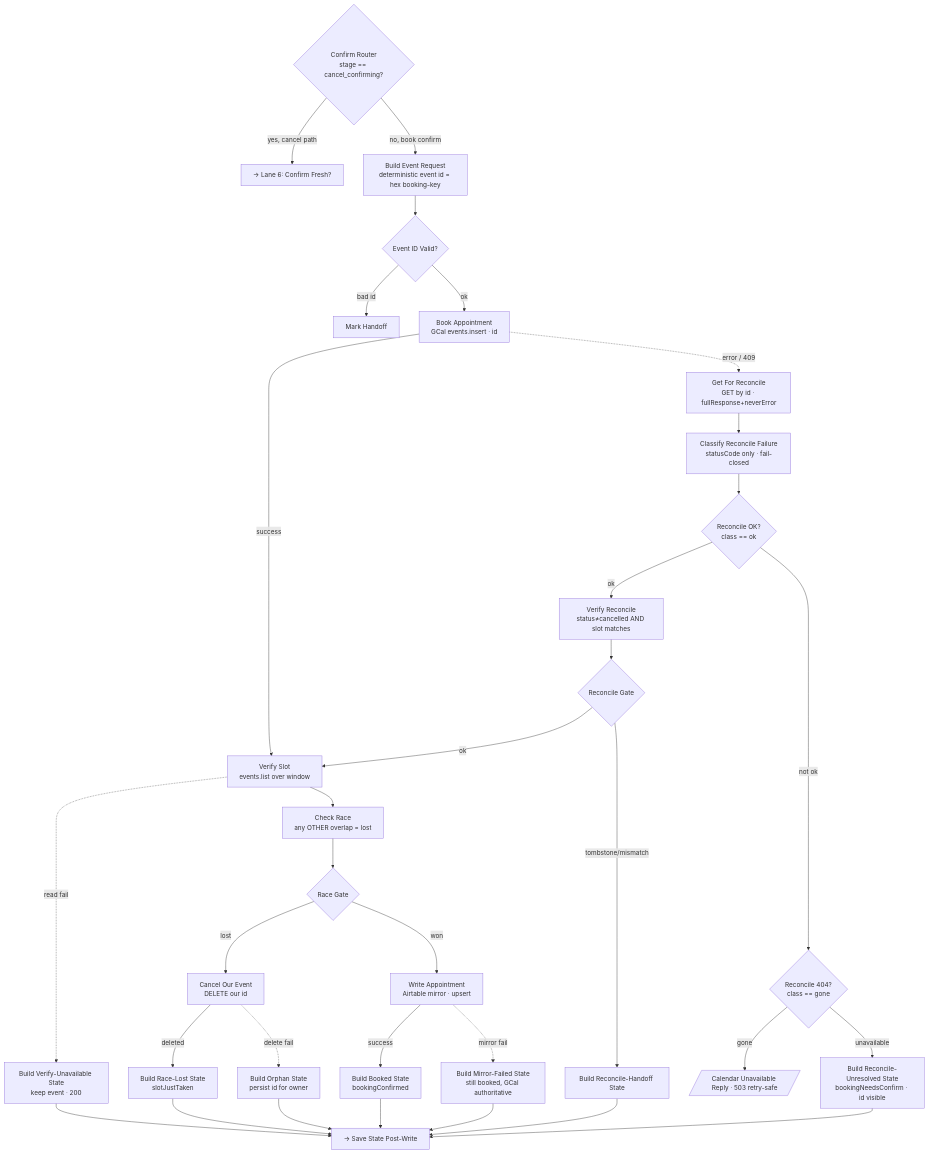
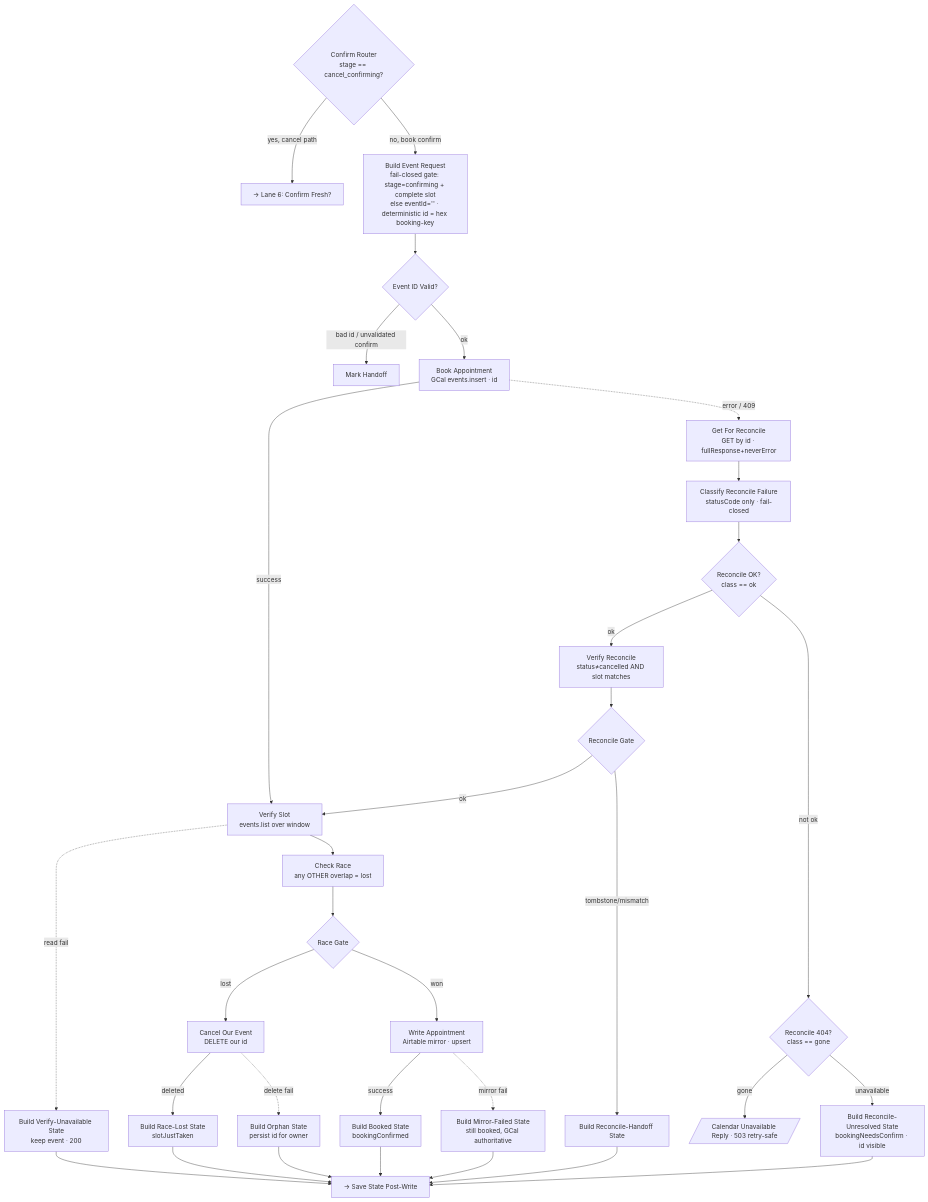
The sixth of 10 diagrams in docs/FLOW-DIAGRAM.md (Neeidy/salon-booking-bot), drawn with Mermaid before and after one commit. The commit also changed other lines of this file and 6 other files, not shown here.

````diff
--- a/docs/FLOW-DIAGRAM.md
+++ b/docs/FLOW-DIAGRAM.md
@@ -140,36 +143,36 @@
 ```mermaid
 flowchart TD
   CR{Confirm Router<br/>stage == cancel_confirming?} -->|yes, cancel path| CF[→ Lane 6: Confirm Fresh?]
-  CR -->|no, book confirm| BER[Build Event Request<br/>deterministic event id = hex booking-key]
+  CR -->|no, book confirm| BER[Build Event Request<br/>fail-closed gate: stage=confirming + complete slot<br/>else eventId='' · deterministic id = hex booking-key]
   BER --> EIV{Event ID Valid?}
-  EIV -->|bad id| MH[Mark Handoff]
+  EIV -->|bad id / unvalidated confirm| MH[Mark Handoff]
   EIV -->|ok| BA[Book Appointment<br/>GCal events.insert · id]
   BA -->|success| VS[Verify Slot<br/>events.list over window]
   BA -.->|error / 409| GFR[Get For Reconcile<br/>GET by id · fullResponse+neverError]
   VS -.->|read fail| BVU[Build Verify-Unavailable State<br/>keep event · 200]
   VS --> CRACE[Check Race<br/>any OTHER overlap = lost]
   CRACE --> RG{Race Gate}
   RG -->|lost| COE[Cancel Our Event<br/>DELETE our id]
   RG -->|won| WA[Write Appointment<br/>Airtable mirror · upsert]
   COE -->|deleted| BRL[Build Race-Lost State<br/>slotJustTaken]
   COE -.->|delete fail| BOR[Build Orphan State<br/>persist id for owner]
   WA -->|success| BBS[Build Booked State<br/>bookingConfirmed]
   WA -.->|mirror fail| BMF[Build Mirror-Failed State<br/>still booked, GCal authoritative]
   BBS --> SPW[→ Save State Post-Write]
   BMF --> SPW
   BRL --> SPW
   BOR --> SPW
   BVU --> SPW
 
   GFR --> CRF[Classify Reconcile Failure<br/>statusCode only · fail-closed]
   CRF --> ROK{Reconcile OK?<br/>class == ok}
   ROK -->|ok| VR[Verify Reconcile<br/>status≠cancelled AND slot matches]
   ROK -->|not ok| R404{Reconcile 404?<br/>class == gone}
   R404 -->|gone| CU[/Calendar Unavailable Reply · 503 retry-safe/]
   R404 -->|unavailable| BRU[Build Reconcile-Unresolved State<br/>bookingNeedsConfirm · id visible]
   VR --> RGATE{Reconcile Gate}
   RGATE -->|ok| VS
   RGATE -->|tombstone/mismatch| BRH[Build Reconcile-Handoff State]
   BRU --> SPW
   BRH --> SPW
 ```
````
